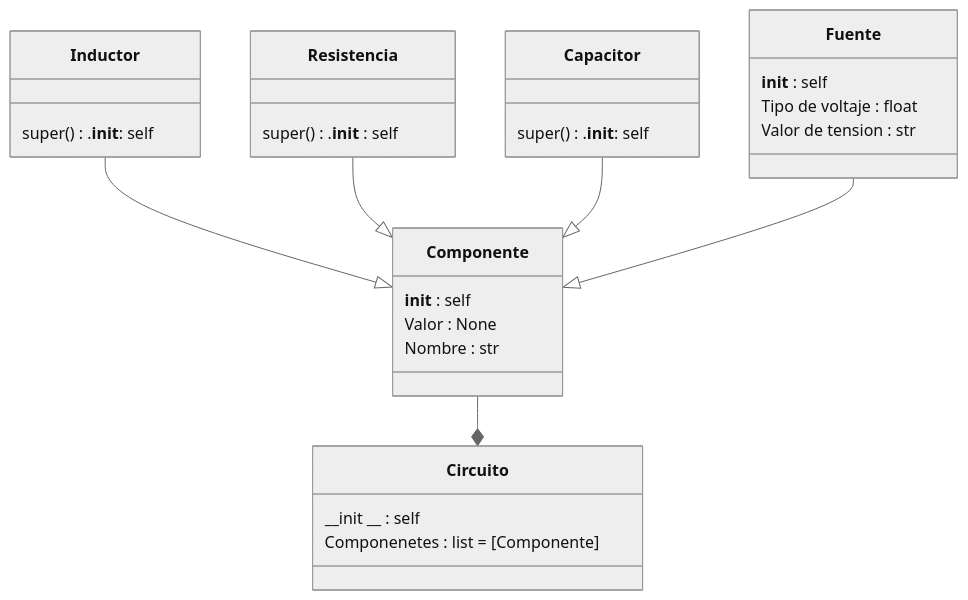
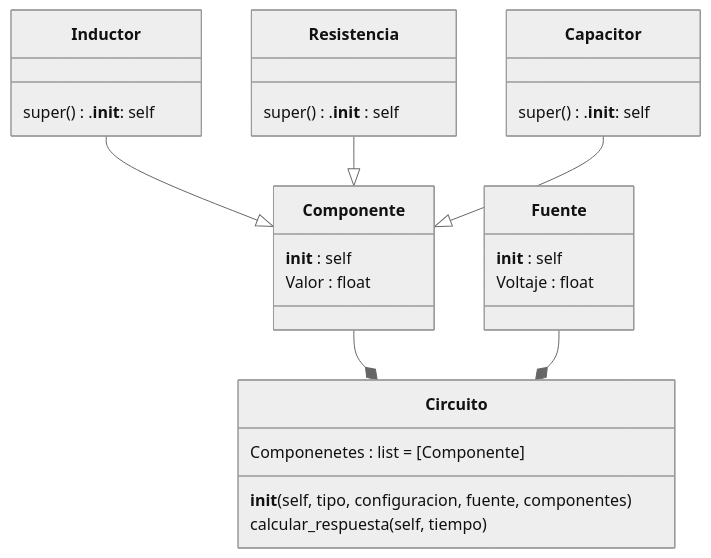
The diagram in README.md (Cooldude0001/Proyecto-circuitos), drawn with Mermaid (neutral theme) before and after one commit. The commit also changed other lines of this file, not shown here.

````diff
--- a/README.md
+++ b/README.md
@@ -19,38 +19,38 @@
 ```mermaid
 classDiagram
 Componente --* Circuito
+Fuente --* Circuito
 
 Inductor --|> Componente
 Resistencia --|> Componente
 Capacitor --|> Componente
-Fuente --|> Componente
 
 class Componente {
     __init__ : self
-    Valor : None
-    Nombre : str
+    Valor : float
 }
 
 class Resistencia {
     super().__init__ : self
 }
 
 class Inductor {
     super().__init__: self
 }
 
 class Capacitor {
     super().__init__: self
 }
 
 class Fuente {
     __init__ : self
-    Tipo de voltaje : float
-    Valor de tension : str
+    Voltaje : float
 }
 
 class Circuito {
-    __init __ : self
+    __init__(self, tipo, configuracion, fuente, componentes)
     Componenetes : list = [Componente]
+
+    calcular_respuesta(self, tiempo)
 }
 ```
````
